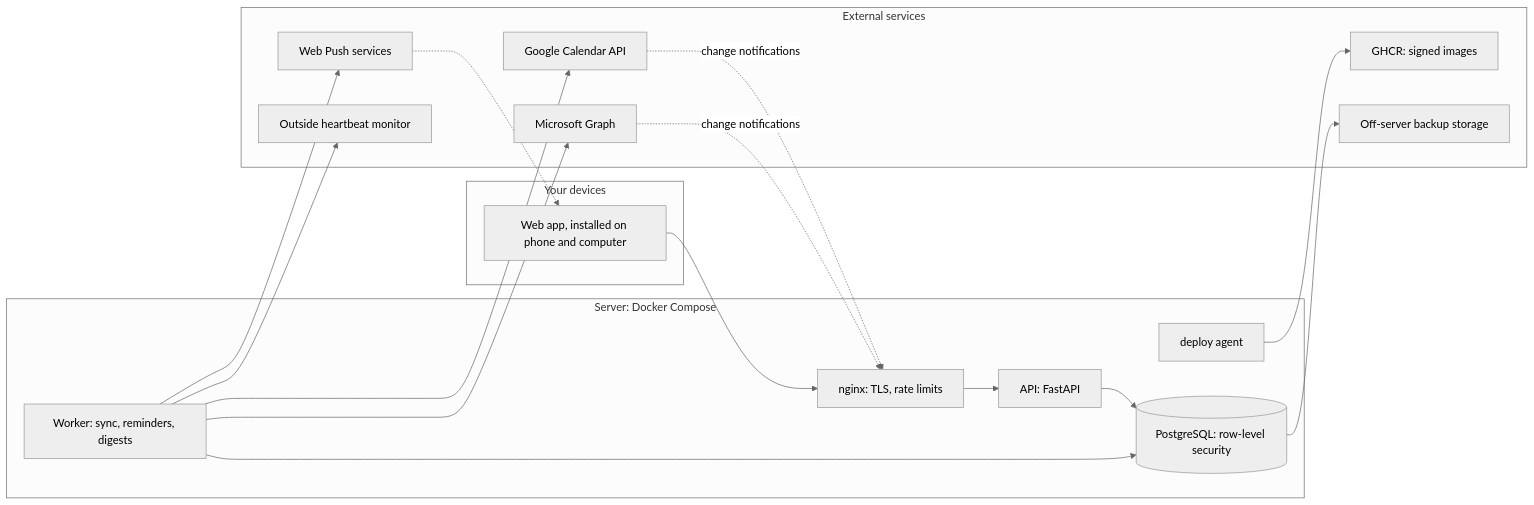
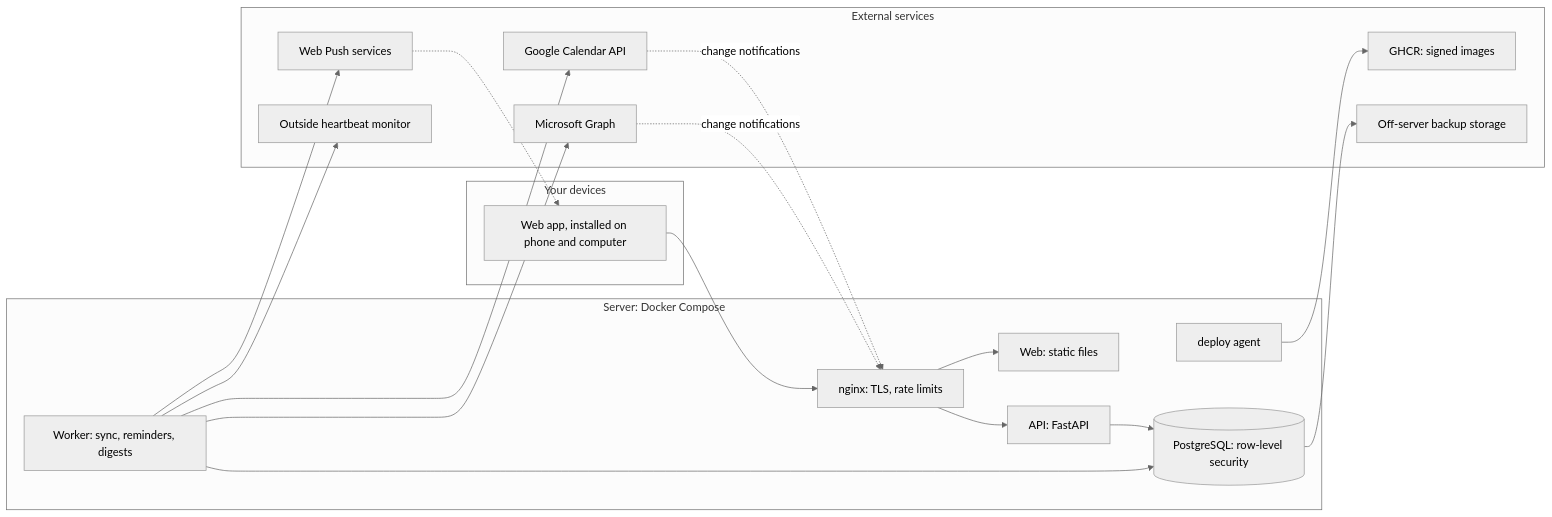
One commit to SrZafkiell/work-hub changed the diagram in docs/PLAN.md. Above: the diagram before and after it, drawn with Mermaid (neutral theme). The commit also changed other lines of this file and 11 other files, not shown here.

````diff
--- a/docs/PLAN.md
+++ b/docs/PLAN.md
@@ -41,34 +73,36 @@
 ```mermaid
 flowchart LR
   subgraph DEV["Your devices"]
     PWA["Web app, installed on phone and computer"]
   end
   subgraph SRV["Server: Docker Compose"]
     NGX["nginx: TLS, rate limits"]
+    WEB["Web: static files"]
     API["API: FastAPI"]
     WRK["Worker: sync, reminders, digests"]
     PG[("PostgreSQL: row-level security")]
     AGENT["deploy agent"]
   end
   subgraph EXT["External services"]
     GCAL["Google Calendar API"]
     MSG["Microsoft Graph"]
     PUSH["Web Push services"]
     GHCR["GHCR: signed images"]
     MON["Outside heartbeat monitor"]
     BAK["Off-server backup storage"]
   end
   PWA --> NGX
+  NGX --> WEB
   NGX --> API
   API --> PG
   WRK --> PG
   WRK --> GCAL
   WRK --> MSG
   WRK --> PUSH
   PUSH -.-> PWA
   GCAL -.->|change notifications| NGX
   MSG -.->|change notifications| NGX
   AGENT --> GHCR
   WRK --> MON
   PG --> BAK
 ```
````
